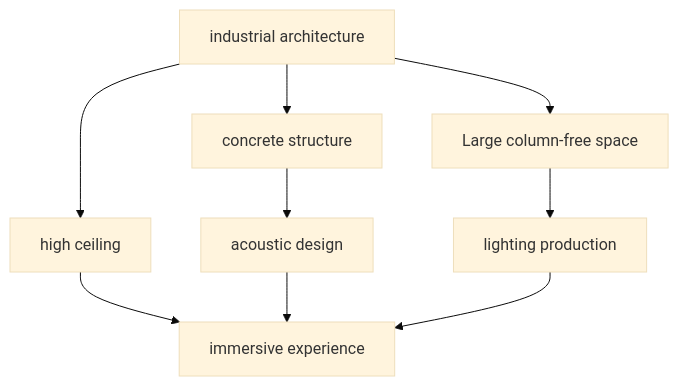
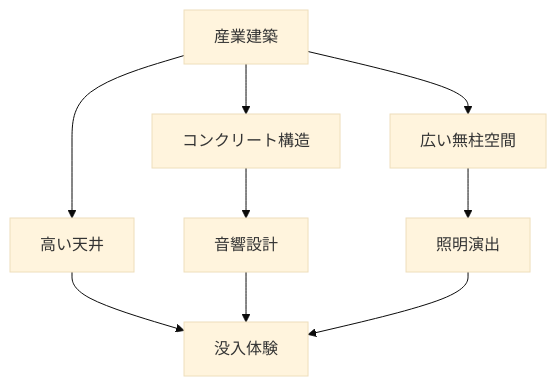
One commit to monumental-movement/monumental-movement.github.io changed the third of 6 diagrams in en/_posts/2026-08-01-column-berlin-club-architecture.md. Above: the diagram before and after it, drawn with Mermaid (base theme). The commit also changed other lines of this file and 2196 other files, not shown here.

```diff
--- a/en/_posts/2026-08-01-column-berlin-club-architecture.md
+++ b/en/_posts/2026-08-01-column-berlin-club-architecture.md
@@ -720,20 +719,20 @@
 <div class="mermaid">
 flowchart TD
 
-A[industrial architecture]
-B[high ceiling]
-C[concrete structure]
-D[Large column-free space]
-E[acoustic design]
-F[lighting production]
-G[immersive experience]
+A[産業建築]
+B[高い天井]
+C[コンクリート構造]
+D[広い無柱空間]
+E[音響設計]
+F[照明演出]
+G[没入体験]
 
 A --> B
 A --> C
 A --> D
 B --> G
 C --> E
 D --> F
 E --> G
 F --> G
 </div>
```
